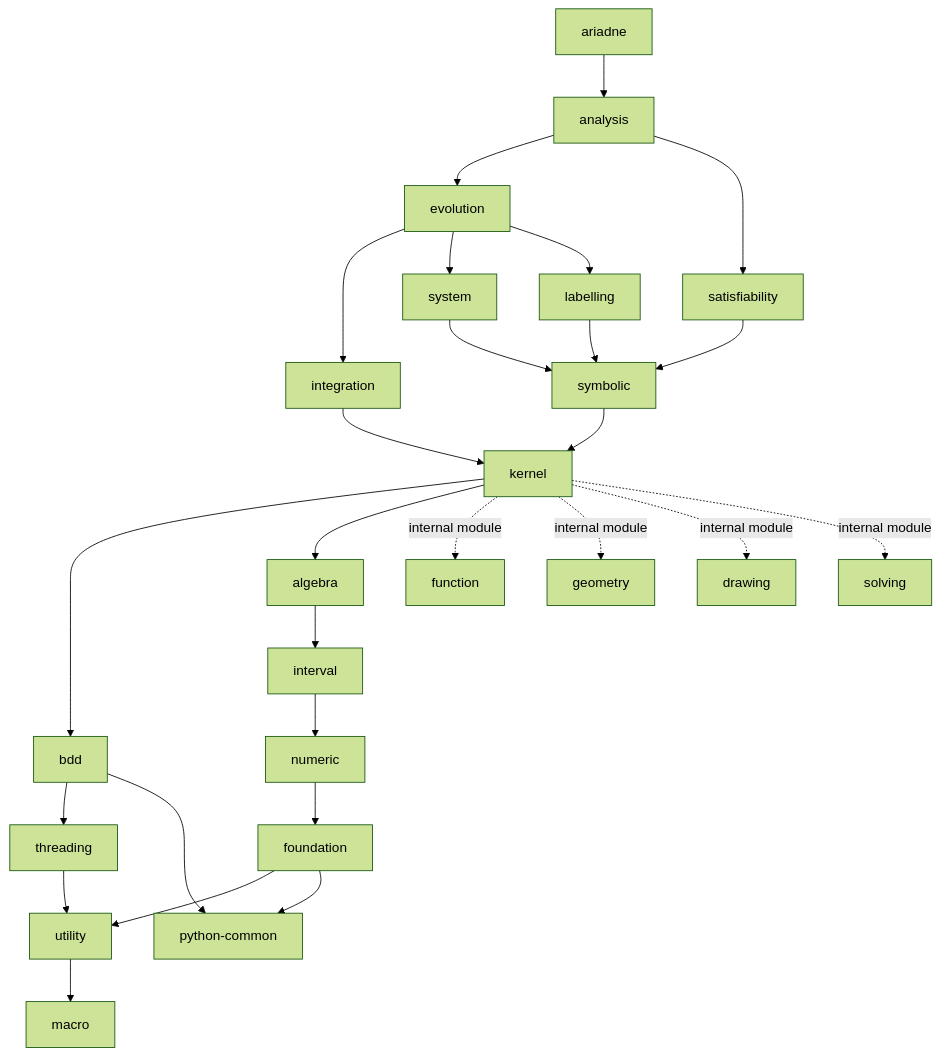
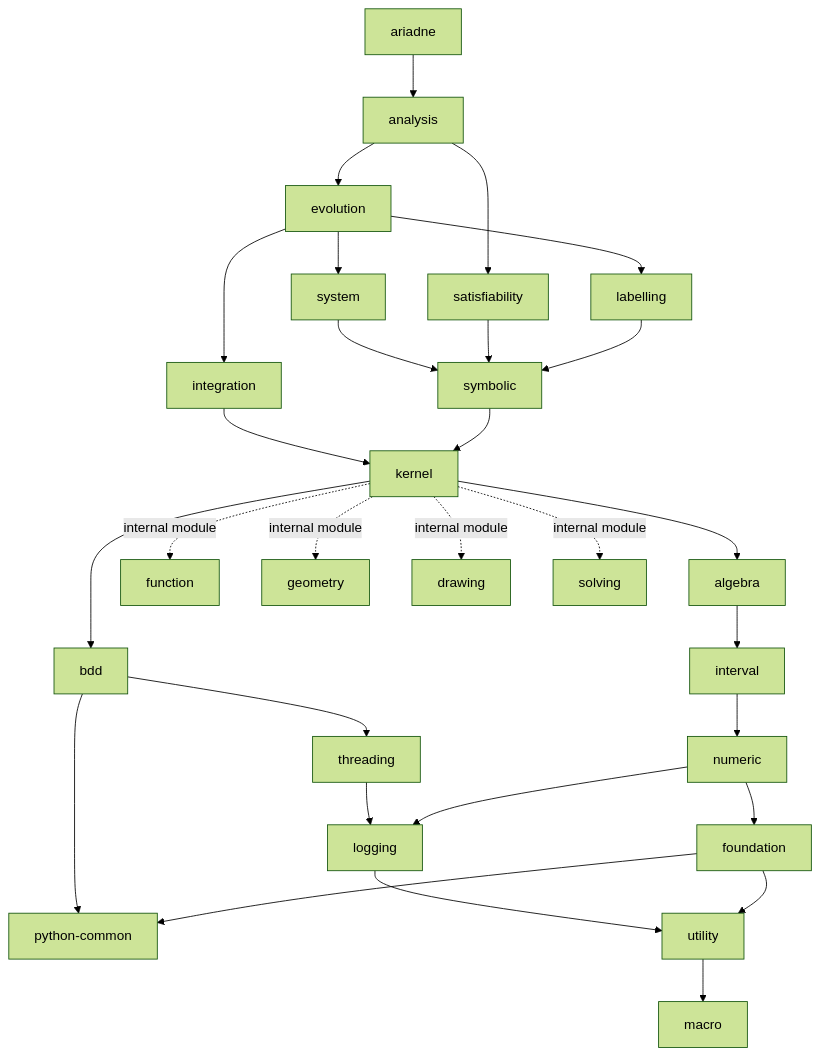
Before and after one commit to ariadne-cps/ariadne: the diagram in doc/decoupling/structure.md, drawn with Mermaid (forest theme). The commit also changed other lines of this file, not shown here.

Commit message:
docs(decoupling): document logging dependencies for threading and numeric

````diff
--- a/doc/decoupling/structure.md
+++ b/doc/decoupling/structure.md
@@ -35,42 +36,44 @@
 ```mermaid
 graph TD
     ariadne --> analysis
 
     analysis --> evolution
     analysis --> satisfiability
 
     evolution --> integration
     evolution --> system
     evolution --> labelling
 
     integration --> kernel
 
     system --> symbolic
 
     satisfiability --> symbolic
 
     labelling --> symbolic
 
     symbolic --> kernel
 
     kernel --> bdd
     kernel --> algebra
 
     kernel -. internal module .-> function
     kernel -. internal module .-> geometry
     kernel -. internal module .-> drawing
     kernel -. internal module .-> solving
 
     bdd --> threading
     bdd --> python_common["python-common"]
 
-    threading --> utility
+    threading --> logging
+    logging --> utility
     utility --> macro
 
     algebra --> interval
     interval --> numeric
     numeric --> foundation
+    numeric --> logging
 
     foundation --> utility
     foundation --> python_common
 ```
````
